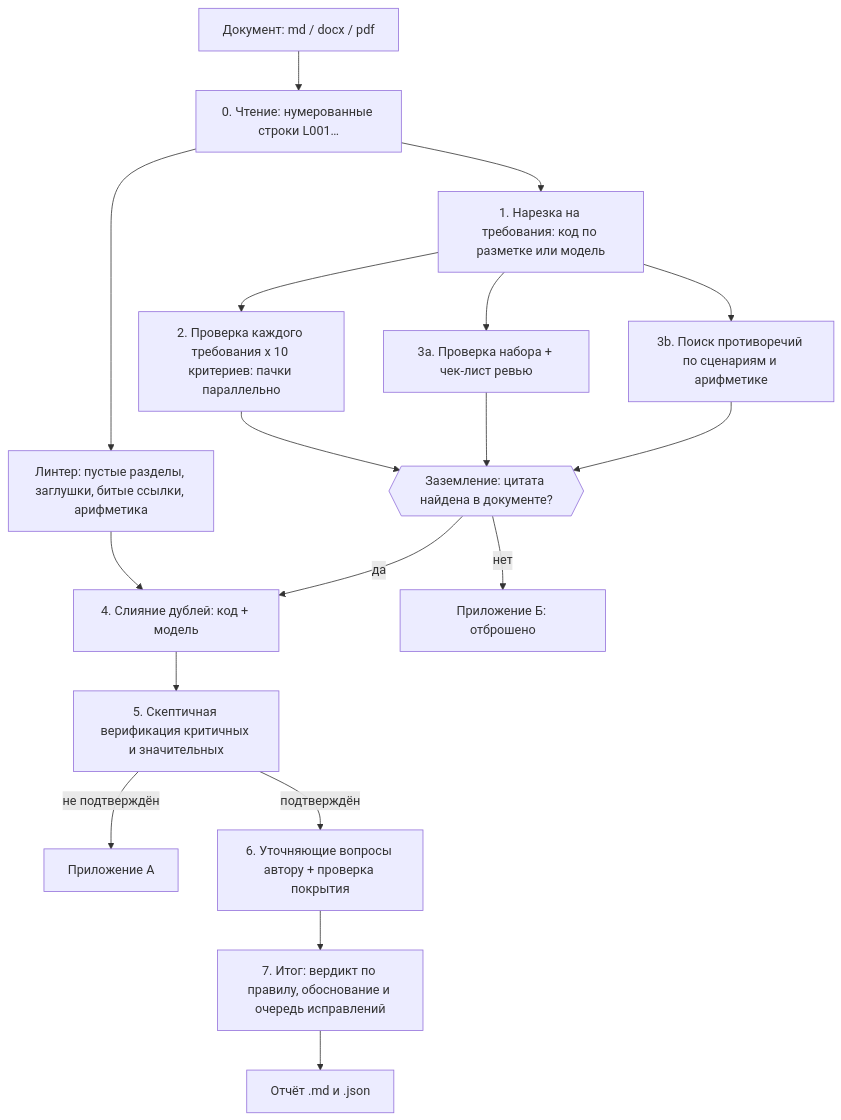
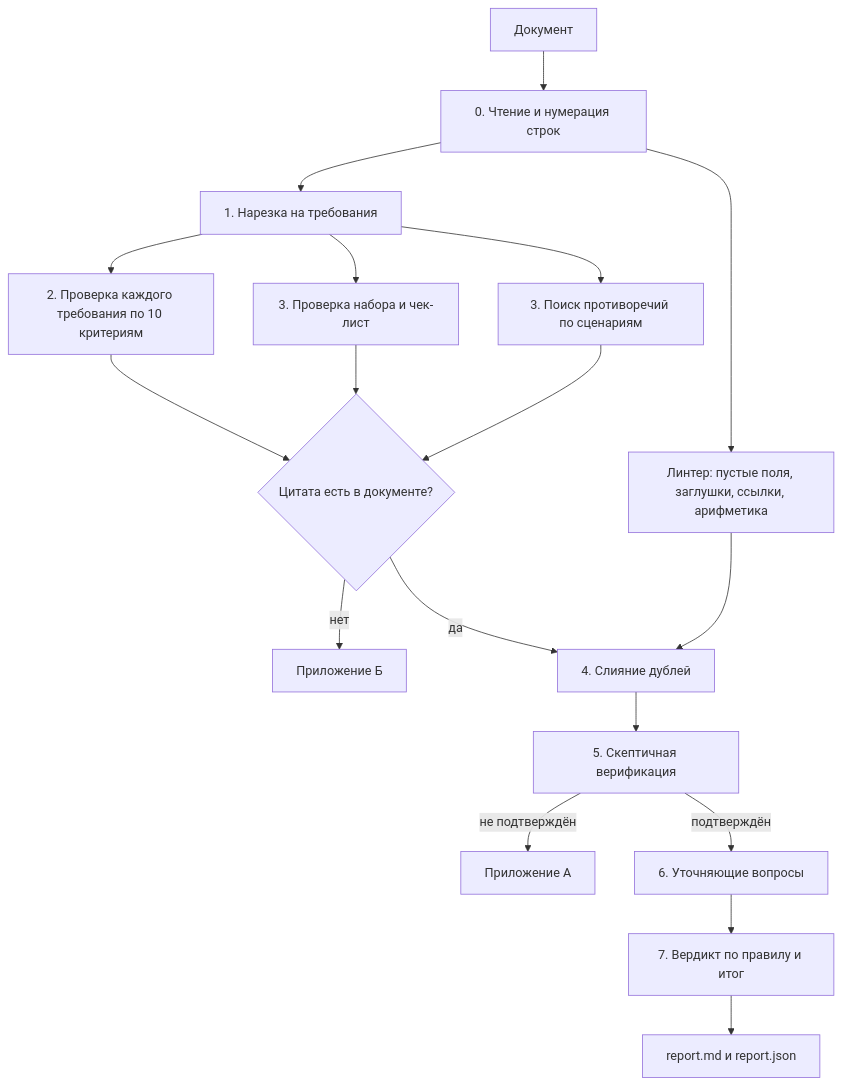
One commit to Alikhan0331/Verification_Agent changed the diagram in README.md. Above: the diagram before and after it, drawn with Mermaid. The commit also changed other lines of this file and 5 other files, not shown here.

````diff
--- a/README.md
+++ b/README.md
@@ -59,20 +135,20 @@
 ```mermaid
 flowchart TD
-    D[Документ: md / docx / pdf] --> L[0. Чтение: нумерованные строки L001…]
-    L --> S[1. Нарезка на требования: код по разметке или модель]
-    S --> R[2. Проверка каждого требования x 10 критериев: пачки параллельно]
-    S --> C1[3a. Проверка набора + чек-лист ревью]
-    S --> C2[3b. Поиск противоречий по сценариям и арифметике]
-    L --> LN[Линтер: пустые разделы, заглушки, битые ссылки, арифметика]
-    R --> G{{Заземление: цитата найдена в документе?}}
+    D[Документ] --> L[0. Чтение и нумерация строк]
+    L --> S[1. Нарезка на требования]
+    S --> R[2. Проверка каждого требования по 10 критериям]
+    S --> C1[3. Проверка набора и чек-лист]
+    S --> C2[3. Поиск противоречий по сценариям]
+    L --> LN[Линтер: пустые поля, заглушки, ссылки, арифметика]
+    R --> G{Цитата есть в документе?}
     C1 --> G
     C2 --> G
+    G -- нет --> AB[Приложение Б]
+    G -- да --> M[4. Слияние дублей]
     LN --> M
-    G -- да --> M[4. Слияние дублей: код + модель]
-    G -- нет --> AB[Приложение Б: отброшено]
-    M --> V[5. Скептичная верификация критичных и значительных]
+    M --> V[5. Скептичная верификация]
     V -- не подтверждён --> AA[Приложение А]
-    V -- подтверждён --> Q[6. Уточняющие вопросы автору + проверка покрытия]
-    Q --> F[7. Итог: вердикт по правилу, обоснование и очередь исправлений]
-    F --> O[Отчёт .md и .json]
+    V -- подтверждён --> Q[6. Уточняющие вопросы]
+    Q --> F[7. Вердикт по правилу и итог]
+    F --> O[report.md и report.json]
 ```
````
